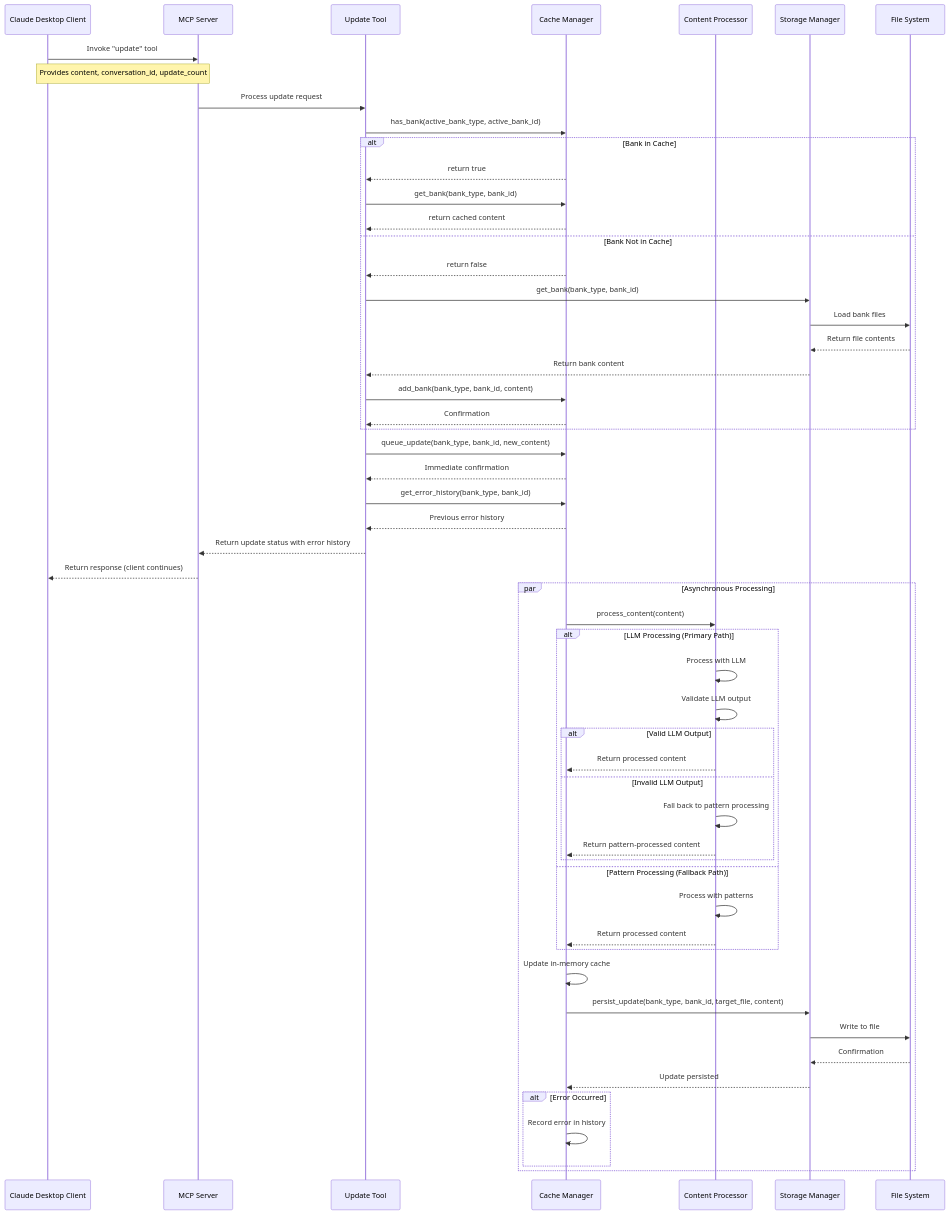
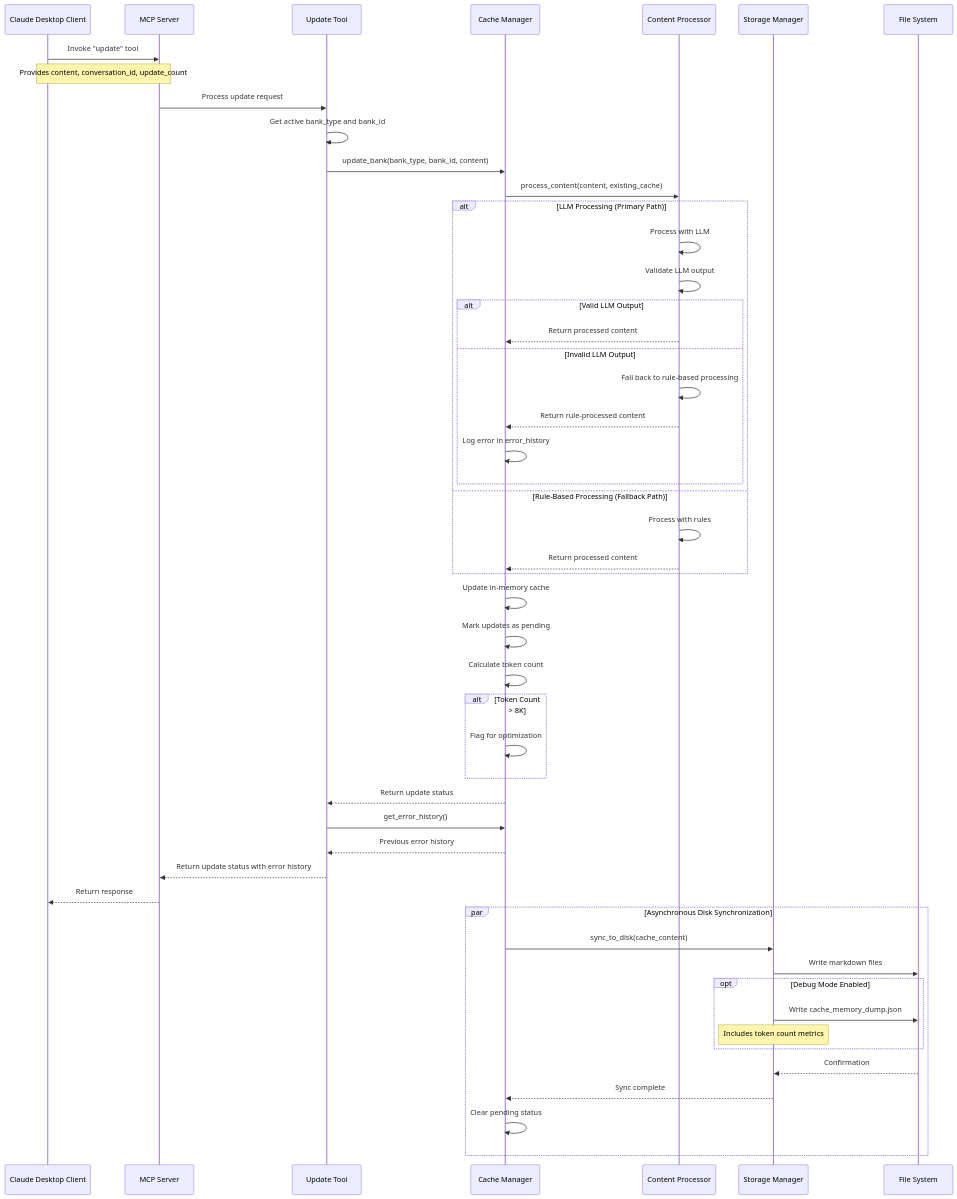
The second of 3 diagrams in docs/enhancement proposals/EP 02.md (philippe-guerit/claude-desktop-memory-bank), drawn with Mermaid before and after one commit. The commit also changed other lines of this file, not shown here.

````diff
--- a/docs/enhancement proposals/EP 02.md
+++ b/docs/enhancement proposals/EP 02.md
@@ -285,71 +378,65 @@
 ```mermaid
 sequenceDiagram
     participant Client as Claude Desktop Client
     participant Server as MCP Server
     participant UpdateTool as Update Tool
     participant CacheManager as Cache Manager
     participant ContentProcessor as Content Processor
     participant StorageManager as Storage Manager
     participant FileSystem as File System
     
     Client->>Server: Invoke "update" tool
     Note over Client,Server: Provides content, conversation_id, update_count
     
     Server->>UpdateTool: Process update request
+    UpdateTool->>UpdateTool: Get active bank_type and bank_id
     
-    UpdateTool->>CacheManager: has_bank(active_bank_type, active_bank_id)
+    UpdateTool->>CacheManager: update_bank(bank_type, bank_id, content)
     
-    alt Bank in Cache
-        CacheManager-->>UpdateTool: return true
-        UpdateTool->>CacheManager: get_bank(bank_type, bank_id)
-        CacheManager-->>UpdateTool: return cached content
-    else Bank Not in Cache
-        CacheManager-->>UpdateTool: return false
-        UpdateTool->>StorageManager: get_bank(bank_type, bank_id)
-        StorageManager->>FileSystem: Load bank files
-        FileSystem-->>StorageManager: Return file contents
-        StorageManager-->>UpdateTool: Return bank content
+    CacheManager->>ContentProcessor: process_content(content, existing_cache)
+    
+    alt LLM Processing (Primary Path)
+        ContentProcessor->>ContentProcessor: Process with LLM
+        ContentProcessor->>ContentProcessor: Validate LLM output
         
-        UpdateTool->>CacheManager: add_bank(bank_type, bank_id, content)
-        CacheManager-->>UpdateTool: Confirmation
+        alt Valid LLM Output
+            ContentProcessor-->>CacheManager: Return processed content
+        else Invalid LLM Output
+            ContentProcessor->>ContentProcessor: Fall back to rule-based processing
+            ContentProcessor-->>CacheManager: Return rule-processed content
+            CacheManager->>CacheManager: Log error in error_history
+        end
+    else Rule-Based Processing (Fallback Path)
+        ContentProcessor->>ContentProcessor: Process with rules
+        ContentProcessor-->>CacheManager: Return processed content
     end
     
-    UpdateTool->>CacheManager: queue_update(bank_type, bank_id, new_content)
-    CacheManager-->>UpdateTool: Immediate confirmation
+    CacheManager->>CacheManager: Update in-memory cache
+    CacheManager->>CacheManager: Mark updates as pending
+    CacheManager->>CacheManager: Calculate token count
     
-    UpdateTool->>CacheManager: get_error_history(bank_type, bank_id)
+    alt Token Count > 8K
+        CacheManager->>CacheManager: Flag for optimization
+    end
+    
+    CacheManager-->>UpdateTool: Return update status
+    UpdateTool->>CacheManager: get_error_history()
     CacheManager-->>UpdateTool: Previous error history
     
     UpdateTool-->>Server: Return update status with error history
-    Server-->>Client: Return response (client continues)
+    Server-->>Client: Return response
     
-    par Asynchronous Processing
-        CacheManager->>ContentProcessor: process_content(content)
+    par Asynchronous Disk Synchronization
+        CacheManager->>StorageManager: sync_to_disk(cache_content)
+        StorageManager->>FileSystem: Write markdown files
         
-        alt LLM Processing (Primary Path)
-            ContentProcessor->>ContentProcessor: Process with LLM
-            ContentProcessor->>ContentProcessor: Validate LLM output
-            
-            alt Valid LLM Output
-                ContentProcessor-->>CacheManager: Return processed content
-            else Invalid LLM Output
-                ContentProcessor->>ContentProcessor: Fall back to pattern processing
-                ContentProcessor-->>CacheManager: Return pattern-processed content
-            end
-        else Pattern Processing (Fallback Path)
-            ContentProcessor->>ContentProcessor: Process with patterns
-            ContentProcessor-->>CacheManager: Return processed content
+        opt Debug Mode Enabled
+            StorageManager->>FileSystem: Write cache_memory_dump.json
+            Note over StorageManager: Includes token count metrics
         end
         
-        CacheManager->>CacheManager: Update in-memory cache
-        
-        CacheManager->>StorageManager: persist_update(bank_type, bank_id, target_file, content)
-        StorageManager->>FileSystem: Write to file
         FileSystem-->>StorageManager: Confirmation
-        StorageManager-->>CacheManager: Update persisted
-        
-        alt Error Occurred
-            CacheManager->>CacheManager: Record error in history
-        end
+        StorageManager-->>CacheManager: Sync complete
+        CacheManager->>CacheManager: Clear pending status
     end
 ```
````
